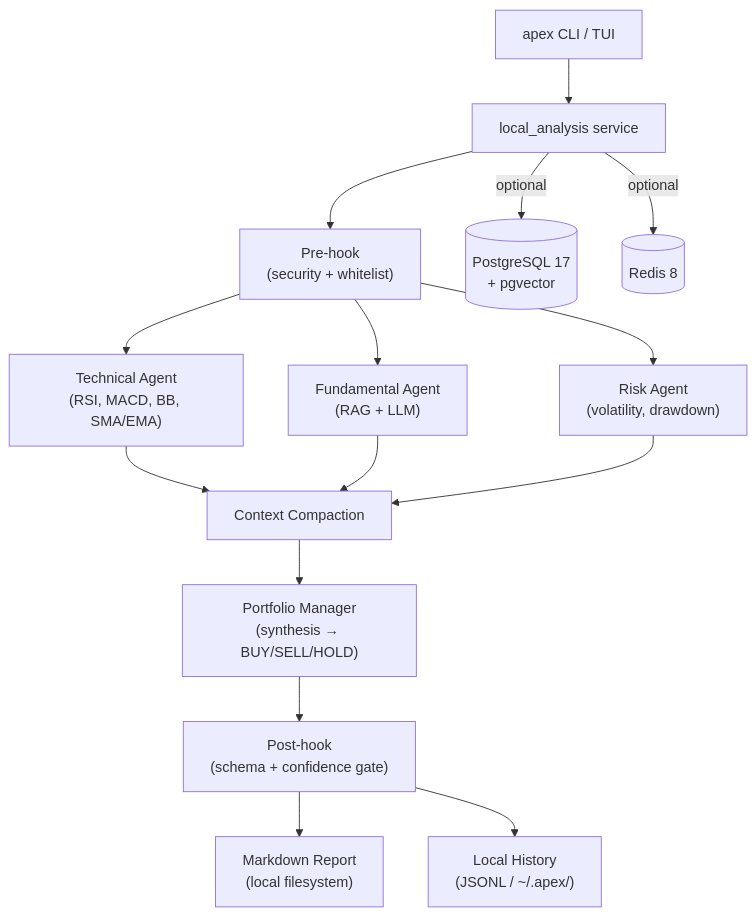
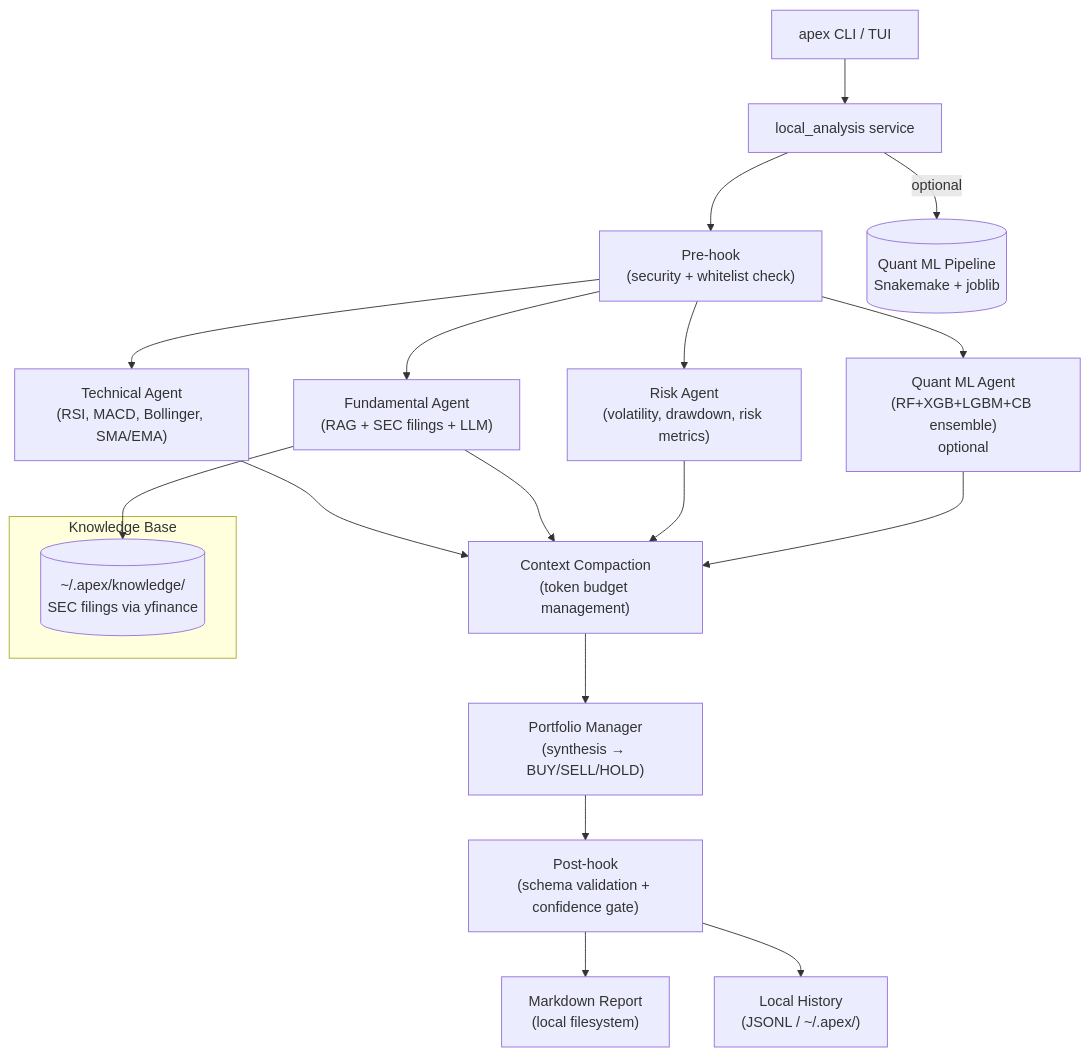
Before and after one commit to EnesDemir143/apex: the diagram in README.md, drawn with Mermaid. The commit also changed other lines of this file and 1 other file, not shown here.

Commit message:
docs: add English and Turkish READMEs with architecture, screenshots, and ML/AI emphasis

````diff
--- a/README.md
+++ b/README.md
@@ -68,18 +86,23 @@
 ```mermaid
 graph TD
     CLI["apex CLI / TUI"] --> LocalAnalysis["local_analysis service"]
-    LocalAnalysis --> PreHook["Pre-hook\n(security + whitelist)"]
-    PreHook --> Tech["Technical Agent\n(RSI, MACD, BB, SMA/EMA)"]
-    PreHook --> Fund["Fundamental Agent\n(RAG + LLM)"]
-    PreHook --> Risk["Risk Agent\n(volatility, drawdown)"]
-    Tech --> Compact["Context Compaction"]
+    LocalAnalysis --> PreHook["Pre-hook\n(security + whitelist check)"]
+    PreHook --> Tech["Technical Agent\n(RSI, MACD, Bollinger, SMA/EMA)"]
+    PreHook --> Fund["Fundamental Agent\n(RAG + SEC filings + LLM)"]
+    PreHook --> Risk["Risk Agent\n(volatility, drawdown, risk metrics)"]
+    PreHook --> Quant["Quant ML Agent\n(RF+XGB+LGBM+CB ensemble)\noptional"]
+    Tech --> Compact["Context Compaction\n(token budget management)"]
     Fund --> Compact
     Risk --> Compact
+    Quant --> Compact
     Compact --> PM["Portfolio Manager\n(synthesis → BUY/SELL/HOLD)"]
-    PM --> PostHook["Post-hook\n(schema + confidence gate)"]
+    PM --> PostHook["Post-hook\n(schema validation + confidence gate)"]
     PostHook --> Report["Markdown Report\n(local filesystem)"]
     PostHook --> History["Local History\n(JSONL / ~/.apex/)"]
 
-    LocalAnalysis -->|"optional"| PG[("PostgreSQL 17\n+ pgvector")]
-    LocalAnalysis -->|"optional"| Redis[("Redis 8")]
+    LocalAnalysis -->|"optional"| ML[("Quant ML Pipeline\nSnakemake + joblib")]
+    subgraph "Knowledge Base"
+        RAG[("~/.apex/knowledge/\nSEC filings via yfinance")]
+    end
+    Fund --> RAG
 ```
````
